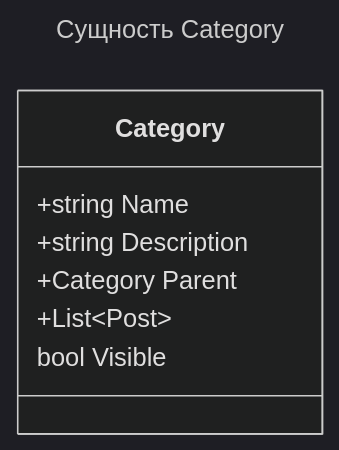
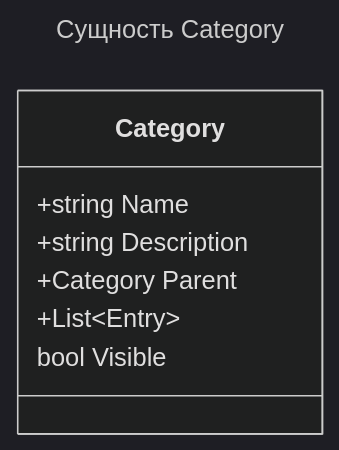
The second of 6 diagrams in readme.md (GitHubVasilev/Blog), drawn with Mermaid (dark theme) before and after one commit. The commit also changed other lines of this file and 11 other files, not shown here.

````diff
--- a/readme.md
+++ b/readme.md
@@ -119,13 +118,13 @@
 ``` mermaid
 ---
 title: Сущность Category
 ---
 classDiagram
 class Category {
 	+string Name
 	+string Description
     +Category Parent
-	+List~Post~
+	+List~Entry~
 	bool Visible
 }
 ```
````
